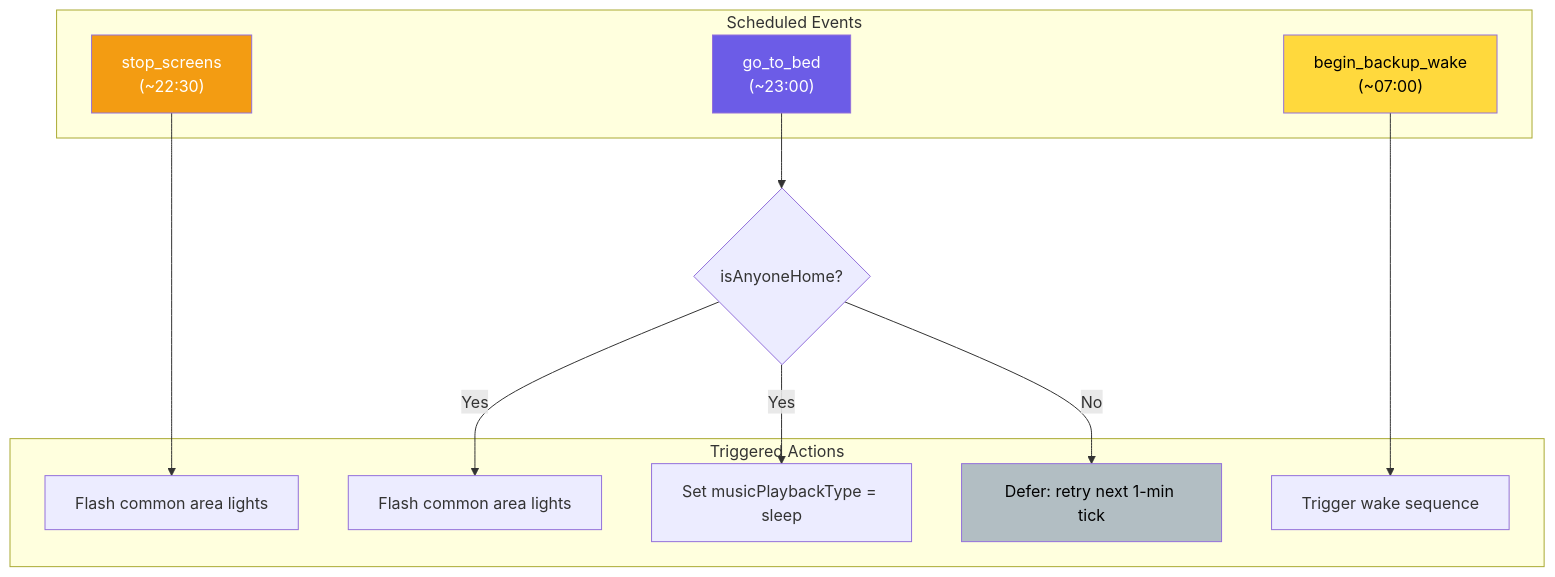
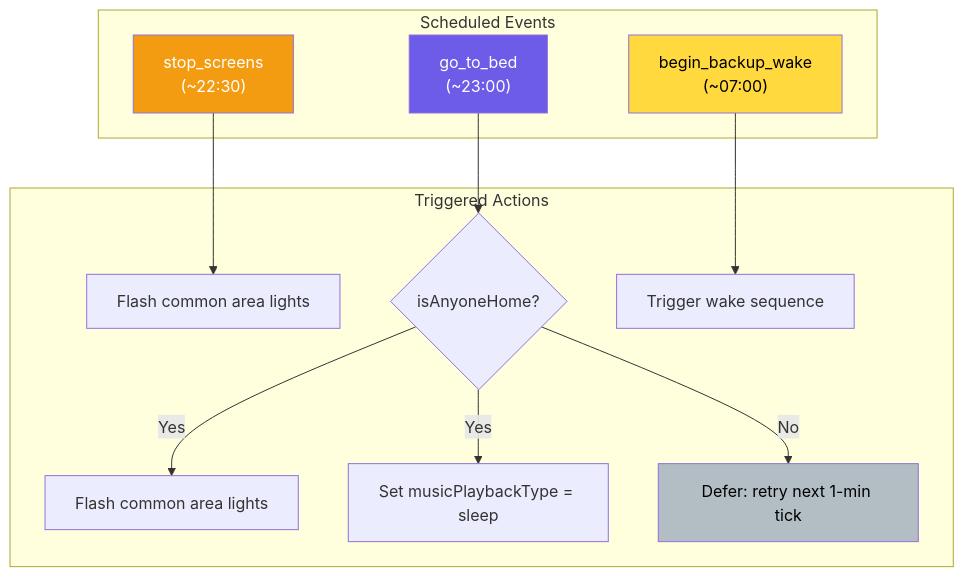
The first of 9 diagrams in docs/flows/SLEEP_HYGIENE.md (NickBorgers/home-automation), drawn with Mermaid before and after one commit. The commit also changed other lines of this file, not shown here.

````diff
--- a/docs/flows/SLEEP_HYGIENE.md
+++ b/docs/flows/SLEEP_HYGIENE.md
@@ -15,30 +15,29 @@
 ```mermaid
 flowchart TD
     subgraph Schedule["Scheduled Events"]
         stopScreens["stop_screens<br/>(~22:30)"]
         goToBed["go_to_bed<br/>(~23:00)"]
         backupWake["begin_backup_wake<br/>(~07:00)"]
     end
 
     subgraph Actions["Triggered Actions"]
         flashLights1["Flash common area lights"]
+        checkHome{"isAnyoneHome?"}
         flashLights2["Flash common area lights"]
         startSleep["Set musicPlaybackType = sleep"]
         triggerWake["Trigger wake sequence"]
         defer["Defer: retry next 1-min tick"]
     end
-
-    checkHome{"isAnyoneHome?"}
 
     stopScreens --> flashLights1
     goToBed --> checkHome
     checkHome -->|Yes| flashLights2
     checkHome -->|Yes| startSleep
     checkHome -->|No| defer
     backupWake --> triggerWake
 
     style stopScreens fill:#f39c12,color:#fff
     style goToBed fill:#6c5ce7,color:#fff
     style backupWake fill:#ffd93d,color:#000
     style defer fill:#b2bec3,color:#000
 ```
````
